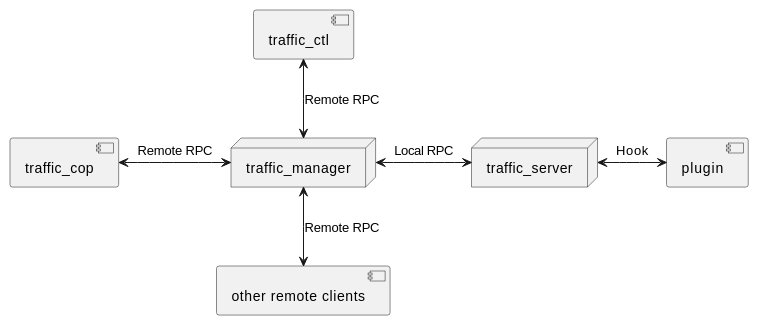
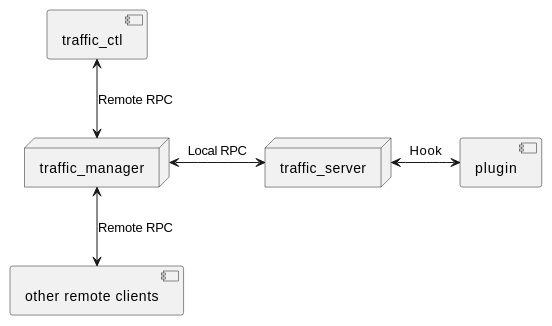
One commit to apache/trafficserver changed the first of 2 diagrams in doc/developer-guide/core-architecture/rpc.en.rst. Above: the diagram before and after it, drawn with PlantUML. The commit also changed other lines of this file and 40 other files, not shown here.

Commit message:
Remove traffic_cop

```diff
--- a/doc/developer-guide/core-architecture/rpc.en.rst
+++ b/doc/developer-guide/core-architecture/rpc.en.rst
@@ -47,13 +47,12 @@
 .. uml::
    :align: center
 
    hide empty members
 
    node "traffic_manager"
    node "traffic_server"
 
    [traffic_ctl] <-d-> [traffic_manager] : Remote RPC
-   [traffic_cop] <-r-> [traffic_manager] : Remote RPC
    [other remote clients] <-u-> [traffic_manager] : Remote RPC
    [traffic_manager] <-r-> [traffic_server] : Local RPC
    [traffic_server] <-r-> [plugin] : Hook
```
